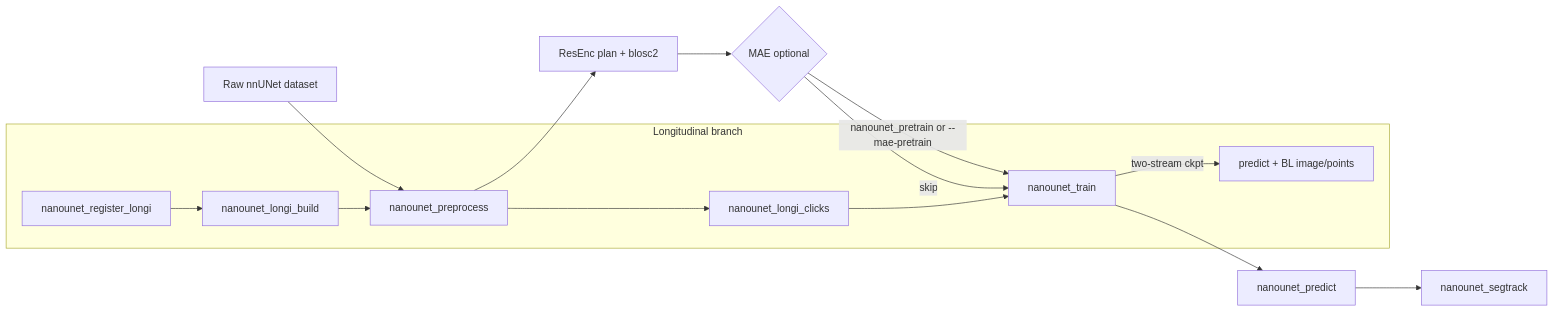
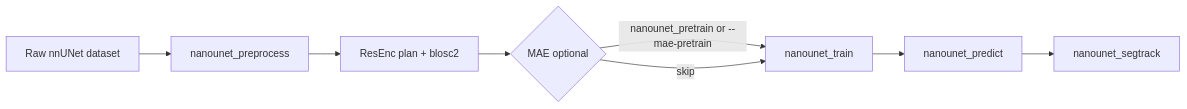
One commit to nielsRocholl/nanoUNet changed the diagram in docs/index.md. Above: the diagram before and after it, drawn with Mermaid. The commit also changed other lines of this file and 98 other files, not shown here.

````diff
--- a/docs/index.md
+++ b/docs/index.md
@@ -7,18 +7,10 @@
 ```mermaid
 flowchart LR
     raw[Raw nnUNet dataset] --> preprocess[nanounet_preprocess]
     preprocess --> plan[ResEnc plan + blosc2]
     plan --> pretrain{MAE optional}
     pretrain -->|nanounet_pretrain or --mae-pretrain| train[nanounet_train]
     pretrain -->|skip| train
     train --> predict[nanounet_predict]
     predict --> track[nanounet_segtrack]
-
-    subgraph longi [Longitudinal branch]
-        reg[nanounet_register_longi] --> build[nanounet_longi_build]
-        build --> preprocess
-        preprocess --> clicks[nanounet_longi_clicks]
-        clicks --> train
-        train -->|two-stream ckpt| longi_pred[predict + BL image/points]
-    end
 ```
````
